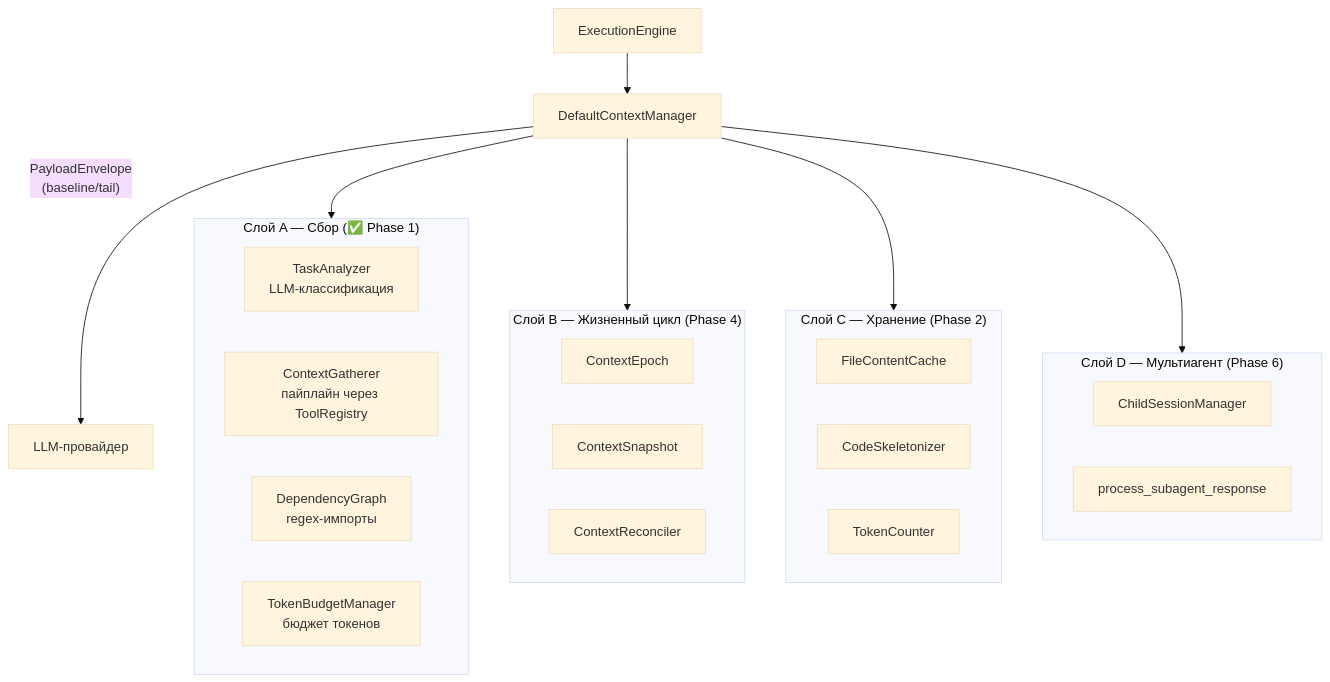
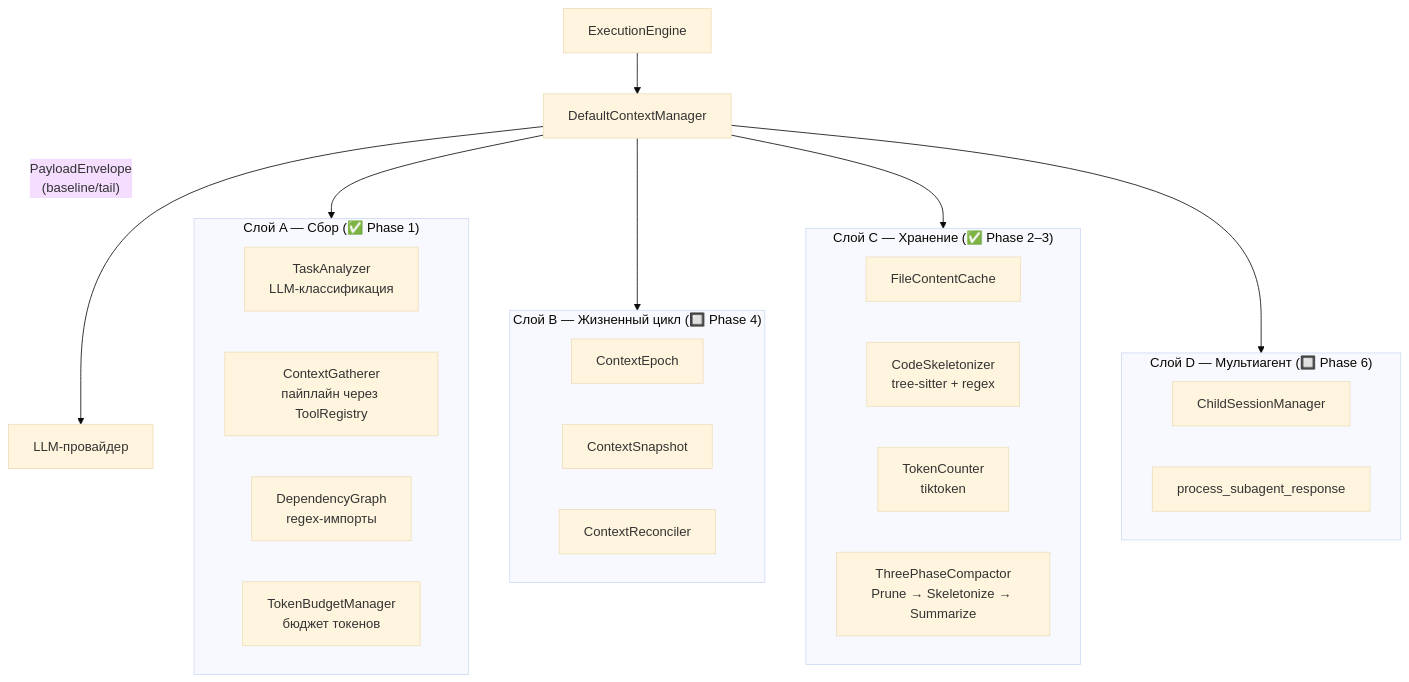
Diagram 12 of 22 in doc/internals/architecture/ARCHITECTURE.md (pese-git/codelab-agent), drawn with Mermaid (base theme) before and after one commit. The commit also changed other lines of this file and 11 other files, not shown here.

````diff
--- a/doc/internals/architecture/ARCHITECTURE.md
+++ b/doc/internals/architecture/ARCHITECTURE.md
@@ -894,33 +894,34 @@
 ```mermaid
 graph TD
     subgraph LayerA["Слой A — Сбор (✅ Phase 1)"]
         TA[TaskAnalyzer<br/>LLM-классификация]
         CG[ContextGatherer<br/>пайплайн через ToolRegistry]
         DG[DependencyGraph<br/>regex-импорты]
         BM[TokenBudgetManager<br/>бюджет токенов]
     end
 
-    subgraph LayerB["Слой B — Жизненный цикл (Phase 4)"]
+    subgraph LayerB["Слой B — Жизненный цикл (🔲 Phase 4)"]
         CE[ContextEpoch]
         CS[ContextSnapshot]
         CR[ContextReconciler]
     end
 
-    subgraph LayerC["Слой C — Хранение (Phase 2)"]
+    subgraph LayerC["Слой C — Хранение (✅ Phase 2–3)"]
         FCC[FileContentCache]
-        SK[CodeSkeletonizer]
-        TC[TokenCounter]
+        SK[CodeSkeletonizer<br/>tree-sitter + regex]
+        TC[TokenCounter<br/>tiktoken]
+        CP[ThreePhaseCompactor<br/>Prune → Skeletonize → Summarize]
     end
 
-    subgraph LayerD["Слой D — Мультиагент (Phase 6)"]
+    subgraph LayerD["Слой D — Мультиагент (🔲 Phase 6)"]
         CSM[ChildSessionManager]
         PSR[process_subagent_response]
     end
 
     EE[ExecutionEngine] --> CM[DefaultContextManager]
     CM --> LayerA
     CM --> LayerB
     CM --> LayerC
     CM --> LayerD
     CM -->|"PayloadEnvelope<br/>(baseline/tail)"| LLM[LLM-провайдер]
 ```
````
